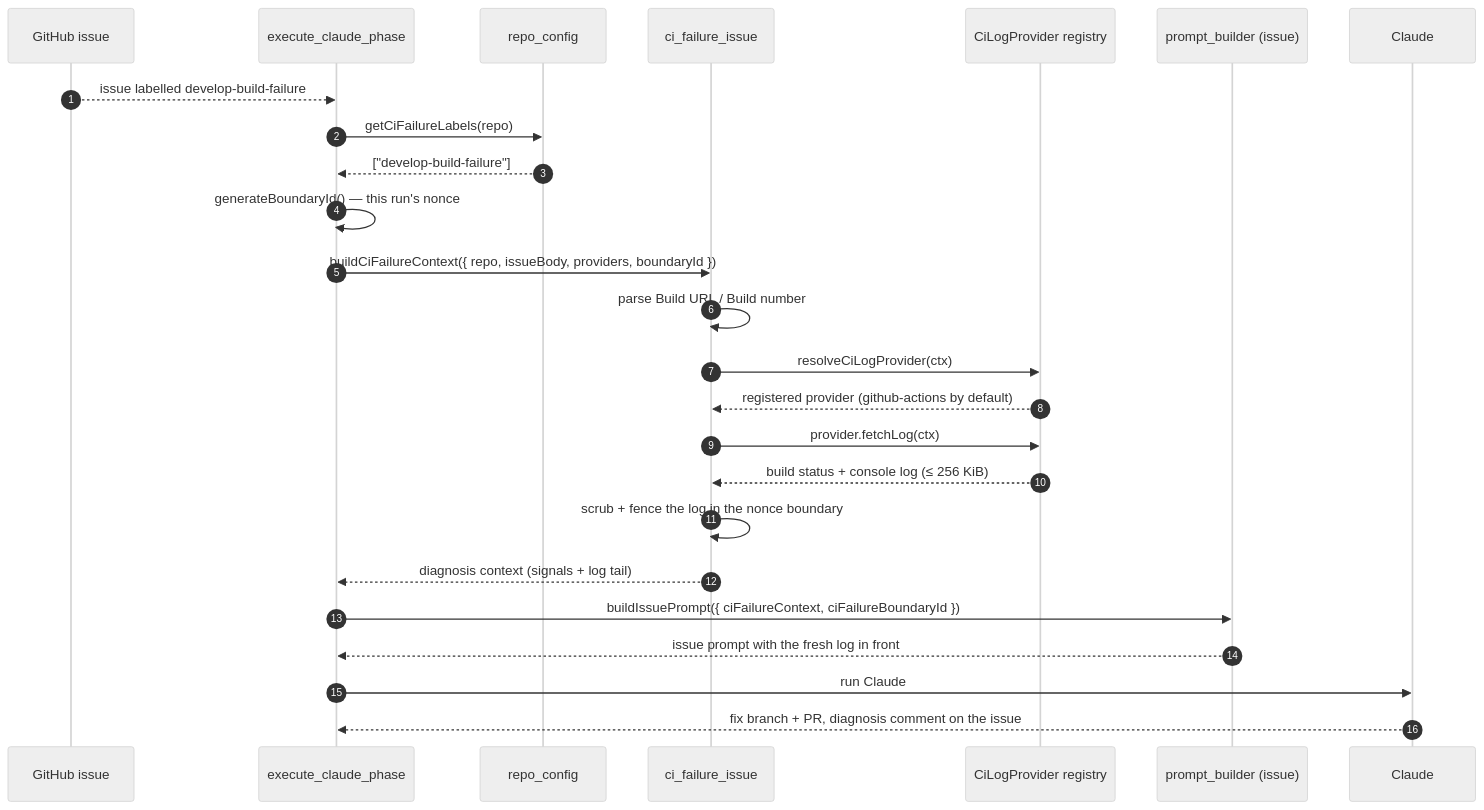
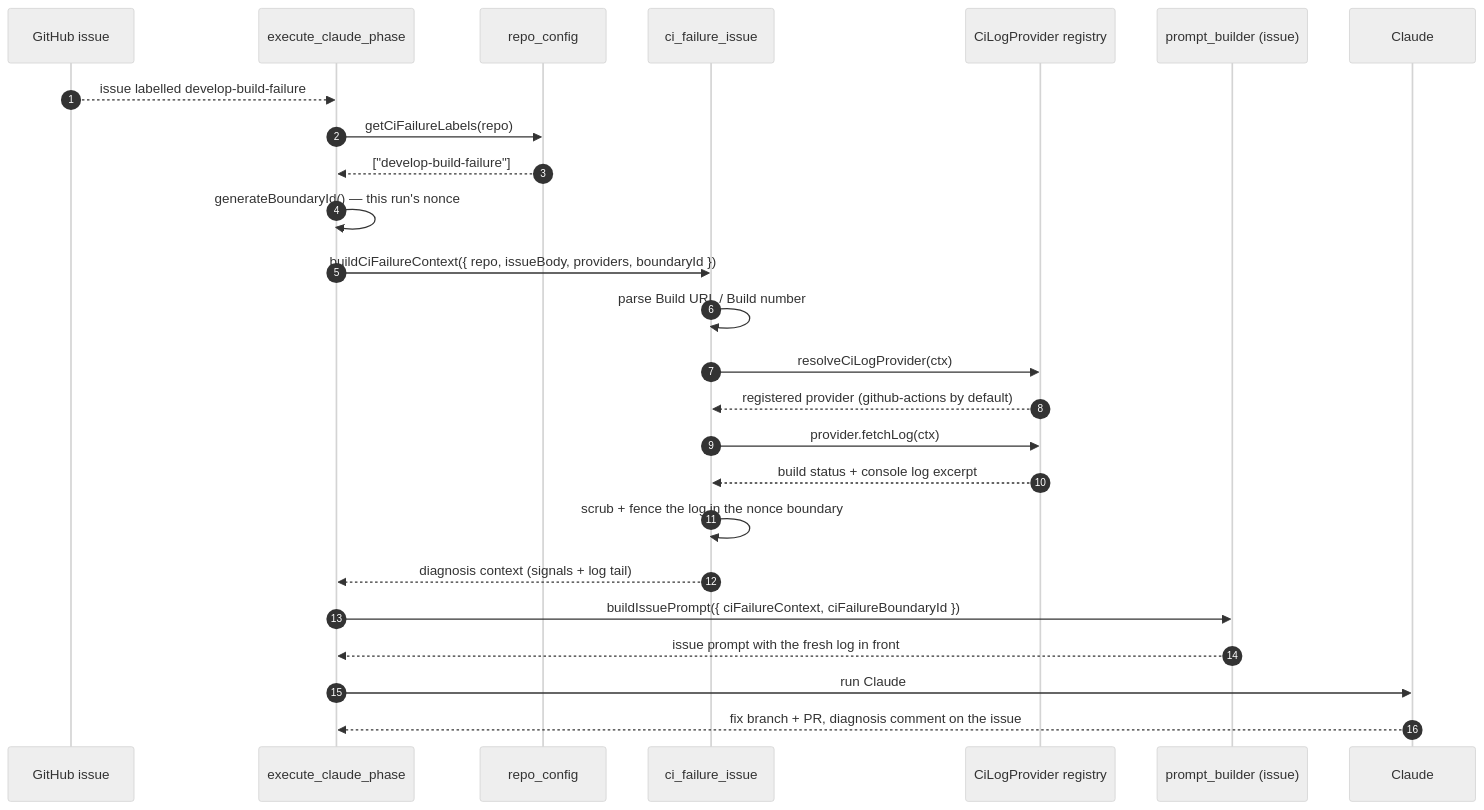
The diagram in docs/ci-failure-issue-log-fetch.md (stSoftwareAU/VibeCoder), drawn with Mermaid (neutral theme) before and after one commit. The commit also changed other lines of this file and 9 other files, not shown here.

````diff
--- a/docs/ci-failure-issue-log-fetch.md
+++ b/docs/ci-failure-issue-log-fetch.md
@@ -22,28 +22,28 @@
 ```mermaid
 sequenceDiagram
     autonumber
     participant GH as GitHub issue
     participant W as execute_claude_phase
     participant C as repo_config
     participant P as ci_failure_issue
     participant R as CiLogProvider registry
     participant B as prompt_builder (issue)
     participant Cl as Claude
 
     GH-->>W: issue labelled develop-build-failure
     W->>C: getCiFailureLabels(repo)
     C-->>W: ["develop-build-failure"]
     W->>W: generateBoundaryId() — this run's nonce
     W->>P: buildCiFailureContext({ repo, issueBody, providers, boundaryId })
     P->>P: parse Build URL / Build number
     P->>R: resolveCiLogProvider(ctx)
     R-->>P: registered provider (github-actions by default)
     P->>R: provider.fetchLog(ctx)
-    R-->>P: build status + console log (≤ 256 KiB)
+    R-->>P: build status + console log excerpt
     P->>P: scrub + fence the log in the nonce boundary
     P-->>W: diagnosis context (signals + log tail)
     W->>B: buildIssuePrompt({ ciFailureContext, ciFailureBoundaryId })
     B-->>W: issue prompt with the fresh log in front
     W->>Cl: run Claude
     Cl-->>W: fix branch + PR, diagnosis comment on the issue
 ```
````
